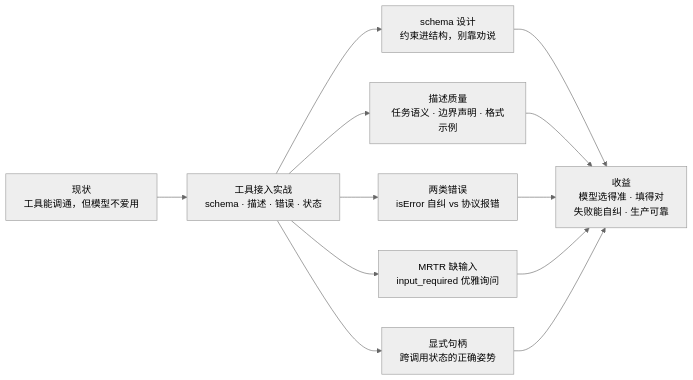
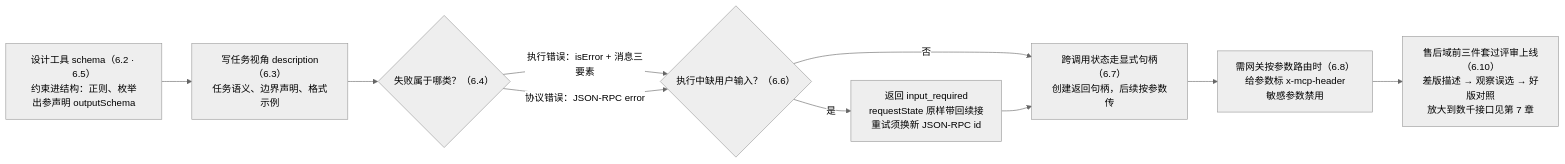
The diagram in books/mcp/chapters/06-tool-authoring.md (ybak/ai-tutorial), drawn with Mermaid (neutral theme) before and after one commit. The commit also changed other lines of this file and 8 other files, not shown here.

First line of the commit message:
docs(mcp): 章首图升级为操作流程图——写作指南双图式规范落地

````diff
--- a/books/mcp/chapters/06-tool-authoring.md
+++ b/books/mcp/chapters/06-tool-authoring.md
@@ -11,14 +11,12 @@
 ```mermaid
 flowchart LR
-    A["现状<br/>工具能调通，但模型不爱用"] --> B["工具接入实战<br/>schema · 描述 · 错误 · 状态"]
-    B --> C["schema 设计<br/>约束进结构，别靠劝说"]
-    B --> D["描述质量<br/>任务语义 · 边界声明 · 格式示例"]
-    B --> E["两类错误<br/>isError 自纠 vs 协议报错"]
-    B --> F["MRTR 缺输入<br/>input_required 优雅询问"]
-    B --> G["显式句柄<br/>跨调用状态的正确姿势"]
-    C --> H["收益<br/>模型选得准 · 填得对<br/>失败能自纠 · 生产可靠"]
-    D --> H
-    E --> H
-    F --> H
-    G --> H
+    A["设计工具 schema（6.2 · 6.5）<br/>约束进结构：正则、枚举<br/>出参声明 outputSchema"] --> B["写任务视角 description（6.3）<br/>任务语义、边界声明、格式示例"]
+    B --> C{"失败属于哪类？（6.4）"}
+    C -->|"执行错误：isError + 消息三要素"| D{"执行中缺用户输入？（6.6）"}
+    C -->|"协议错误：JSON-RPC error"| D
+    D -->|"是"| E["返回 input_required<br/>requestState 原样带回续接<br/>重试须换新 JSON-RPC id"]
+    D -->|"否"| F["跨调用状态走显式句柄（6.7）<br/>创建返回句柄，后续按参数传"]
+    E --> F
+    F --> G["需网关按参数路由时（6.8）<br/>给参数标 x-mcp-header<br/>敏感参数禁用"]
+    G --> H["售后域前三件套过评审上线（6.10）<br/>差版描述 → 观察误选 → 好版对照<br/>放大到数千接口见第 7 章"]
 ```
````
